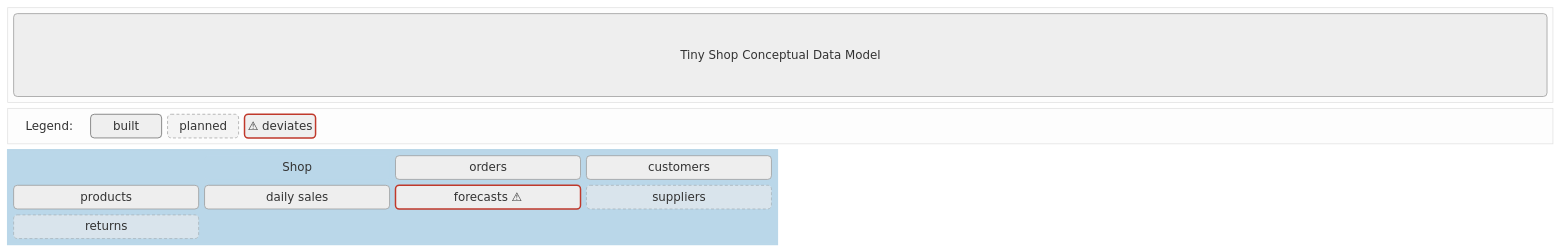
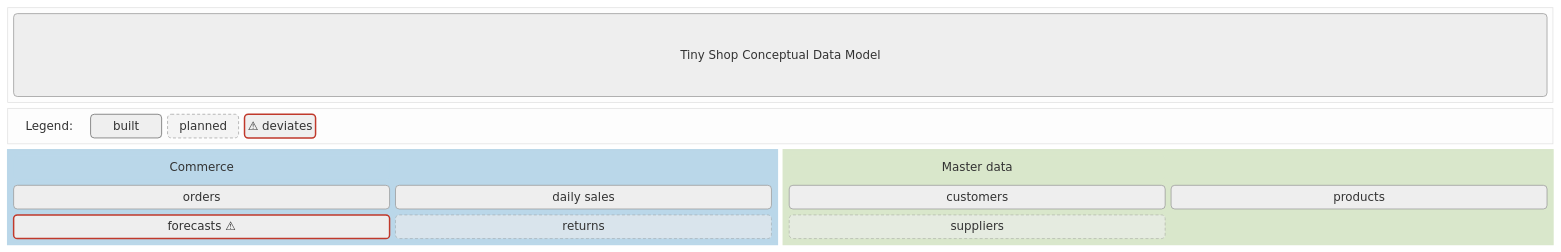
The diagram in examples/tiny-shop/analytics_warehouse/docs/data_model_design/conceptual_model.mermaid (sav-sus/Hunter), drawn with Mermaid before and after one commit. The commit also changed 130 other files, not shown here.

First line of the commit message:
Add the roadmap, verified status, layer discovery and Pages publishing

```diff
--- a/examples/tiny-shop/analytics_warehouse/docs/data_model_design/conceptual_model.mermaid
+++ b/examples/tiny-shop/analytics_warehouse/docs/data_model_design/conceptual_model.mermaid
@@ -1,50 +1,58 @@
 ---
 title: "Tiny Shop Conceptual Data Model"
 config:
   theme: neutral
 ---
 
 %% Mermaid block diagram documentation
 %% https://docs.mermaidchart.com/mermaid-oss/syntax/block.html
 
 block-beta
   %% Set width of conceptual model
   columns 2
 
   block:header:2
   title("Tiny Shop Conceptual Data Model")
   end
 
   block:legend:2
     columns 20
     legend__label("Legend:")
     legend__built("built")
     legend__planned("planned")
     legend__flagged("⚠ deviates")
     space:16
   end
 
-  block:wh_shop:1
-    columns 4
+  block:wh_commerce:1
+    columns 2
+    wh_commerce__label("Commerce")
     space:1
-    wh_shop__label("Shop")
-    wh_shop__orders("orders")
-    wh_shop__customers("customers")
-    wh_shop__products("products")
-    wh_shop__daily_sales("daily sales")
-    wh_shop__forecasts("forecasts ⚠")
-    wh_shop__suppliers("suppliers")
-    wh_shop__returns("returns")
+    wh_commerce__orders("orders")
+    wh_commerce__daily_sales("daily sales")
+    wh_commerce__forecasts("forecasts ⚠")
+    wh_commerce__returns("returns")
   end
 
-style wh_shop fill:#BAD7E9,stroke:#BAD7E9,stroke-width:2px,stroke-dasharray: 0
-style wh_shop__label fill:#BAD7E9,stroke:#BAD7E9,stroke-width:0px
+  block:wh_master:1
+    columns 2
+    wh_master__label("Master data")
+    space:1
+    wh_master__customers("customers")
+    wh_master__products("products")
+    wh_master__suppliers("suppliers")
+  end
+
+style wh_commerce fill:#BAD7E9,stroke:#BAD7E9,stroke-width:2px,stroke-dasharray: 0
+style wh_commerce__label fill:#BAD7E9,stroke:#BAD7E9,stroke-width:0px
+style wh_master fill:#D9E7CB,stroke:#D9E7CB,stroke-width:2px,stroke-dasharray: 0
+style wh_master__label fill:#D9E7CB,stroke:#D9E7CB,stroke-width:0px
 
 style legend__label fill:none,stroke:none,font-size:11px
 style legend__built fill:#EFEFEF,stroke:#666,stroke-width:1px,font-size:11px
 style legend__planned fill:#EFEFEF,stroke:#666,stroke-width:1px,stroke-dasharray:4 3,opacity:0.6,font-size:11px
 style legend__flagged fill:#EFEFEF,stroke:#c0392b,stroke-width:2px,font-size:11px
 
-style wh_shop__suppliers stroke-dasharray:4 3,opacity:0.6
-style wh_shop__returns stroke-dasharray:4 3,opacity:0.6
-style wh_shop__forecasts stroke:#c0392b,stroke-width:2px
+style wh_master__suppliers stroke-dasharray:4 3,opacity:0.6
+style wh_commerce__returns stroke-dasharray:4 3,opacity:0.6
+style wh_commerce__forecasts stroke:#c0392b,stroke-width:2px
```
